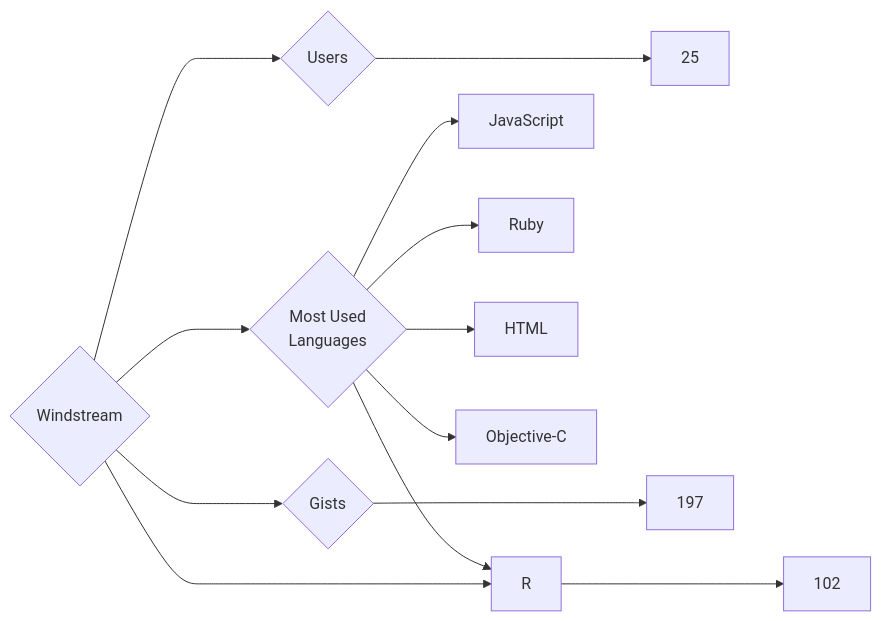
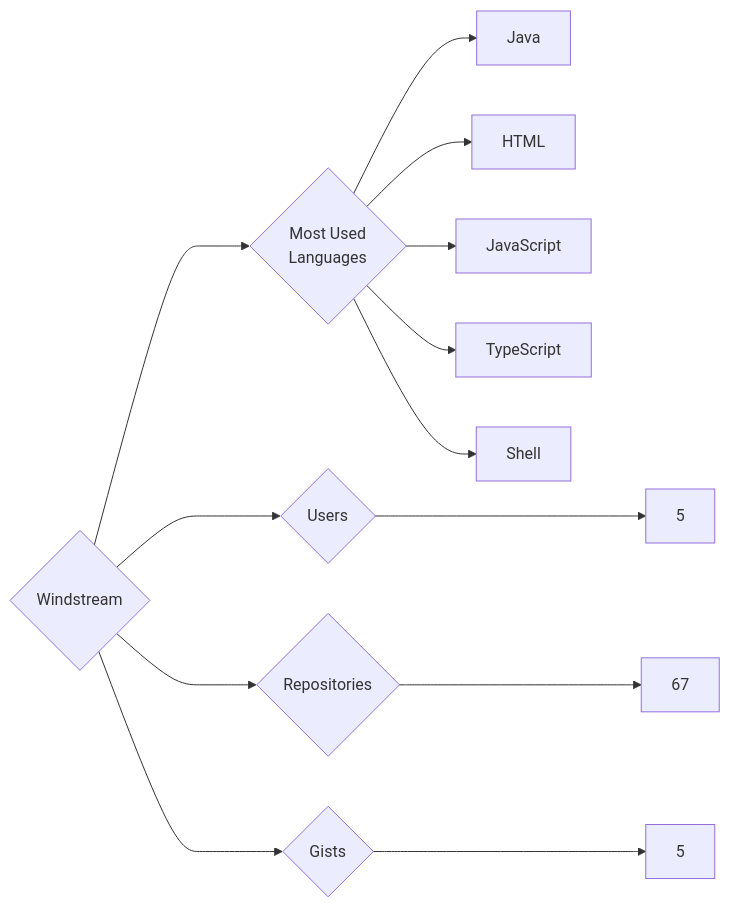
Before and after one commit to trickest/insiders: the diagram in targets/Windstream/README.md, drawn with Mermaid. The commit also changed 797 other files, not shown here.

````diff
--- a/targets/Windstream/README.md
+++ b/targets/Windstream/README.md
@@ -3,13 +3,13 @@
 ```mermaid
 graph LR
 COMPANY_NAME{Windstream}
-COMPANY_NAME ---> U{Users} ---> UN[25]
-COMPANY_NAME ---> R{Repositories} ---> RN[102]
-COMPANY_NAME ---> G{Gists} ---> GN[197]
+COMPANY_NAME ---> U{Users} ---> UN[5]
+COMPANY_NAME ---> R{Repositories} ---> RN[67]
+COMPANY_NAME ---> G{Gists} ---> GN[5]
 COMPANY_NAME ---> ML{Most Used<br>Languages}
+ML --> Java[Java]
+ML --> HTML[HTML]
 ML --> JavaScript[JavaScript]
-ML --> Ruby[Ruby]
-ML --> HTML[HTML]
-ML --> R[R]
-ML --> Objective-C[Objective-C]
+ML --> TypeScript[TypeScript]
+ML --> Shell[Shell]
 ```
````
